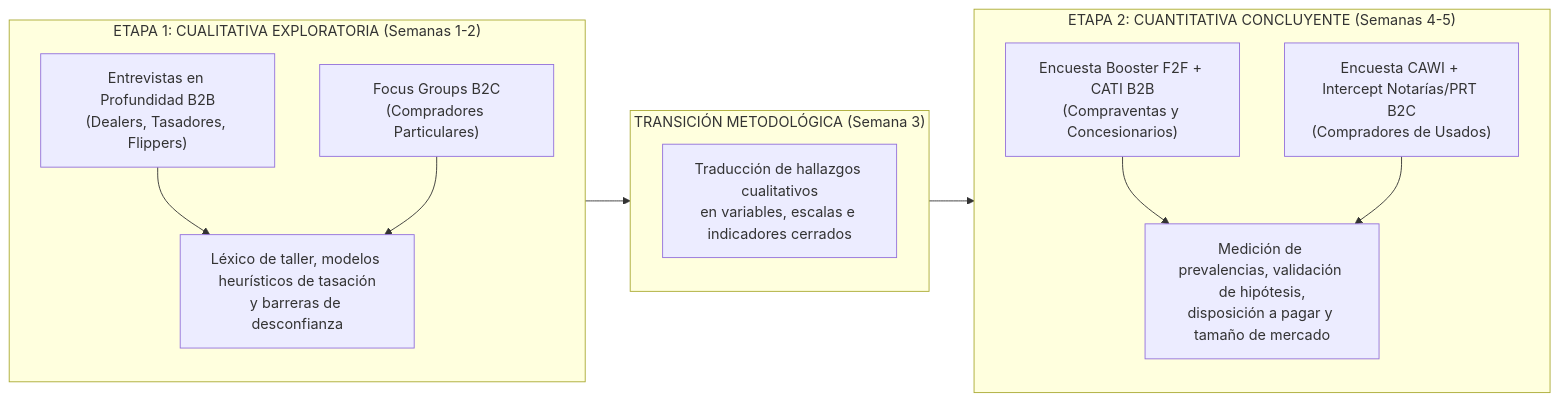
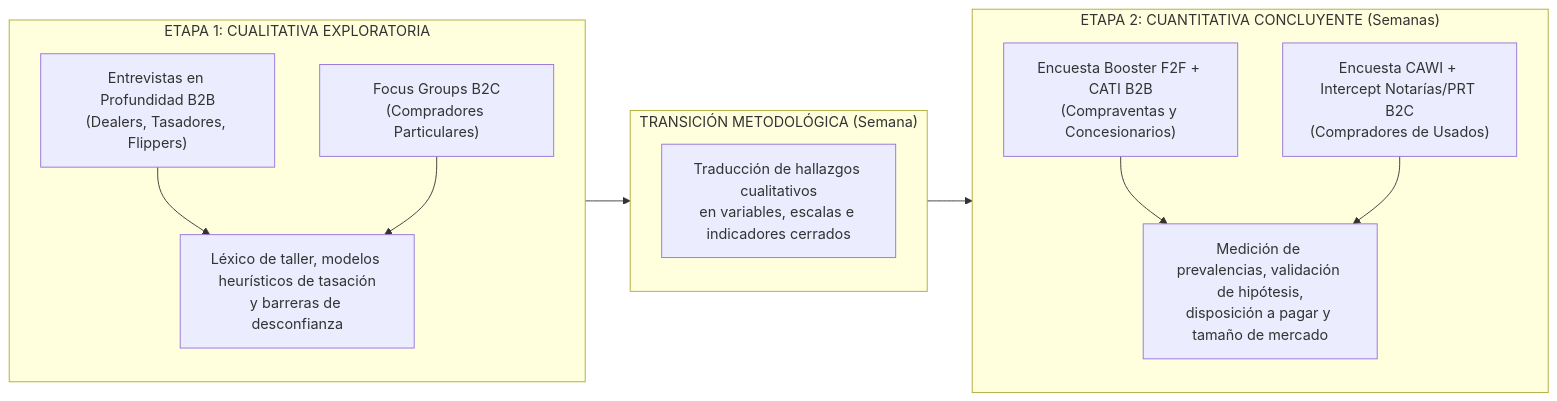
The first of 2 diagrams in deliverys/exam-1/propuesta_consolidada_certamen1.md (VichoRamirez/sm), drawn with Mermaid before and after one commit. The commit also changed other lines of this file and 1 other file, not shown here.

````diff
--- a/deliverys/exam-1/propuesta_consolidada_certamen1.md
+++ b/deliverys/exam-1/propuesta_consolidada_certamen1.md
@@ -126,24 +137,24 @@
 ```mermaid
 flowchart LR
-    subgraph Etapa1 ["ETAPA 1: CUALITATIVA EXPLORATORIA (Semanas 1-2)"]
+    subgraph Etapa1 ["ETAPA 1: CUALITATIVA EXPLORATORIA"]
         direction TB
         E1["Entrevistas en Profundidad B2B<br/>(Dealers, Tasadores, Flippers)"]
         E2["Focus Groups B2C<br/>(Compradores Particulares)"]
         E1 --> R1["Léxico de taller, modelos heurísticos de tasación<br/>y barreras de desconfianza"]
         E2 --> R1
     end
 
-    subgraph Nexo ["TRANSICIÓN METODOLÓGICA (Semana 3)"]
+    subgraph Nexo ["TRANSICIÓN METODOLÓGICA (Semana)"]
         T1["Traducción de hallazgos cualitativos<br/>en variables, escalas e indicadores cerrados"]
     end
 
-    subgraph Etapa2 ["ETAPA 2: CUANTITATIVA CONCLUYENTE (Semanas 4-5)"]
+    subgraph Etapa2 ["ETAPA 2: CUANTITATIVA CONCLUYENTE (Semanas)"]
         direction TB
         C1["Encuesta Booster F2F + CATI B2B<br/>(Compraventas y Concesionarios)"]
         C2["Encuesta CAWI + Intercept Notarías/PRT B2C<br/>(Compradores de Usados)"]
         C1 --> R2["Medición de prevalencias, validación de hipótesis,<br/>disposición a pagar y tamaño de mercado"]
         C2 --> R2
     end
 
     Etapa1 --> Nexo --> Etapa2
 ```
````
